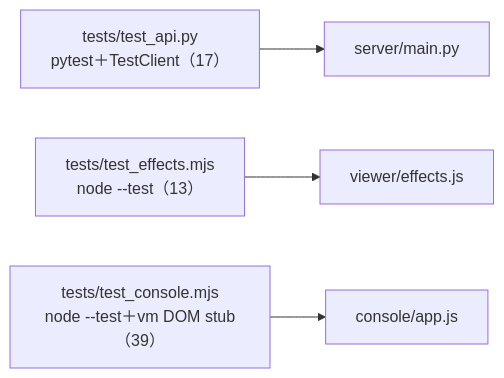
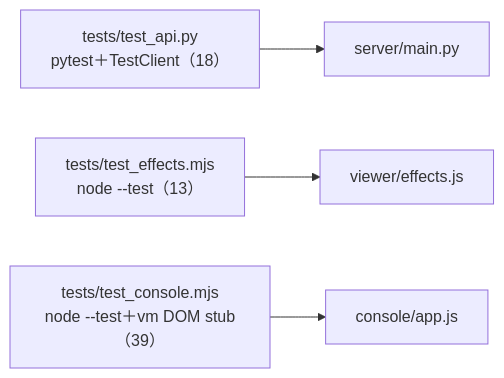
The sixth of 6 diagrams in docs/agents/CALL_GRAPH.md (zivngit/Real-time-Interaction-html), drawn with Mermaid before and after one commit. The commit also changed other lines of this file and 11 other files, not shown here.

````diff
--- a/docs/agents/CALL_GRAPH.md
+++ b/docs/agents/CALL_GRAPH.md
@@ -206,6 +206,6 @@
 ```mermaid
 flowchart LR
-    TA["tests/test_api.py<br/>pytest＋TestClient（17）"] --> M["server/main.py"]
+    TA["tests/test_api.py<br/>pytest＋TestClient（18）"] --> M["server/main.py"]
     TE["tests/test_effects.mjs<br/>node --test（13）"] --> S["viewer/effects.js"]
     TC["tests/test_console.mjs<br/>node --test＋vm DOM stub（39）"] --> K["console/app.js"]
 ```
````
